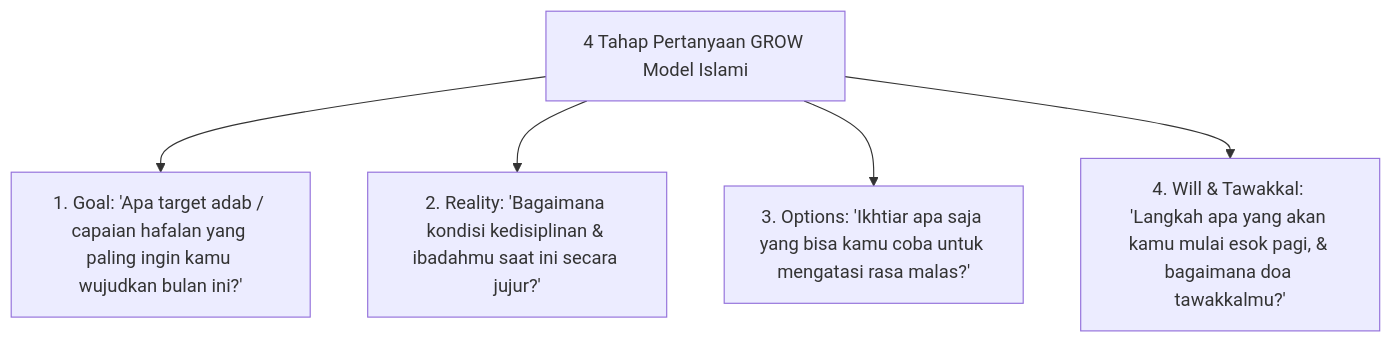
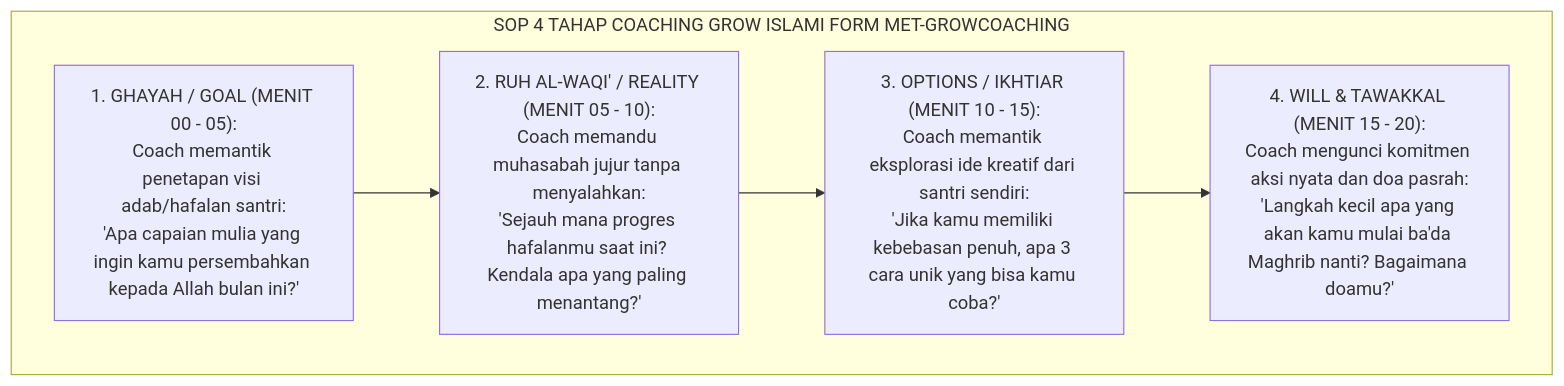
Before and after one commit to wandiapriliyandi/tumbuh: the second of 2 diagrams in 10 Methods/03 Coaching Methods/P10-03-01-Teknik-Powerful-Questioning-Inquiry-GROW-Islami.md, drawn with Mermaid. The commit also changed other lines of this file and 3 other files, not shown here.

````diff
--- a/10 Methods/03 Coaching Methods/P10-03-01-Teknik-Powerful-Questioning-Inquiry-GROW-Islami.md
+++ b/10 Methods/03 Coaching Methods/P10-03-01-Teknik-Powerful-Questioning-Inquiry-GROW-Islami.md
@@ -14,8 +42,10 @@
 ```mermaid
-graph TD
-    GROWRunbook["4 Tahap Pertanyaan GROW Model Islami"]
-    GROWRunbook --> GoalQ["1. Goal: 'Apa target adab / capaian hafalan yang paling ingin kamu wujudkan bulan ini?'"]
-    GROWRunbook --> RealityQ["2. Reality: 'Bagaimana kondisi kedisiplinan & ibadahmu saat ini secara jujur?'"]
-    GROWRunbook --> OptionsQ["3. Options: 'Ikhtiar apa saja yang bisa kamu coba untuk mengatasi rasa malas?'"]
-    GROWRunbook --> WillQ["4. Will & Tawakkal: 'Langkah apa yang akan kamu mulai esok pagi, & bagaimana doa tawakkalmu?'"]
+flowchart TD
+    subgraph FourGROWStages["SOP 4 TAHAP COACHING GROW ISLAMI FORM MET-GROWCOACHING"]
+        G["1. GHAYAH / GOAL (MENIT 00 - 05):<br/>Coach memantik penetapan visi adab/hafalan santri:<br/>'Apa capaian mulia yang ingin kamu persembahkan kepada Allah bulan ini?'"]
+        R["2. RUH AL-WAQI' / REALITY (MENIT 05 - 10):<br/>Coach memandu muhasabah jujur tanpa menyalahkan:<br/>'Sejauh mana progres hafalanmu saat ini? Kendala apa yang paling menantang?'"]
+        O["3. OPTIONS / IKHTIAR (MENIT 10 - 15):<br/>Coach memantik eksplorasi ide kreatif dari santri sendiri:<br/>'Jika kamu memiliki kebebasan penuh, apa 3 cara unik yang bisa kamu coba?'"]
+        W["4. WILL & TAWAKKAL (MENIT 15 - 20):<br/>Coach mengunci komitmen aksi nyata dan doa pasrah:<br/>'Langkah kecil apa yang akan kamu mulai ba'da Maghrib nanti? Bagaimana doamu?'"]
+        G --> R --> O --> W
+    end
 ```
````
